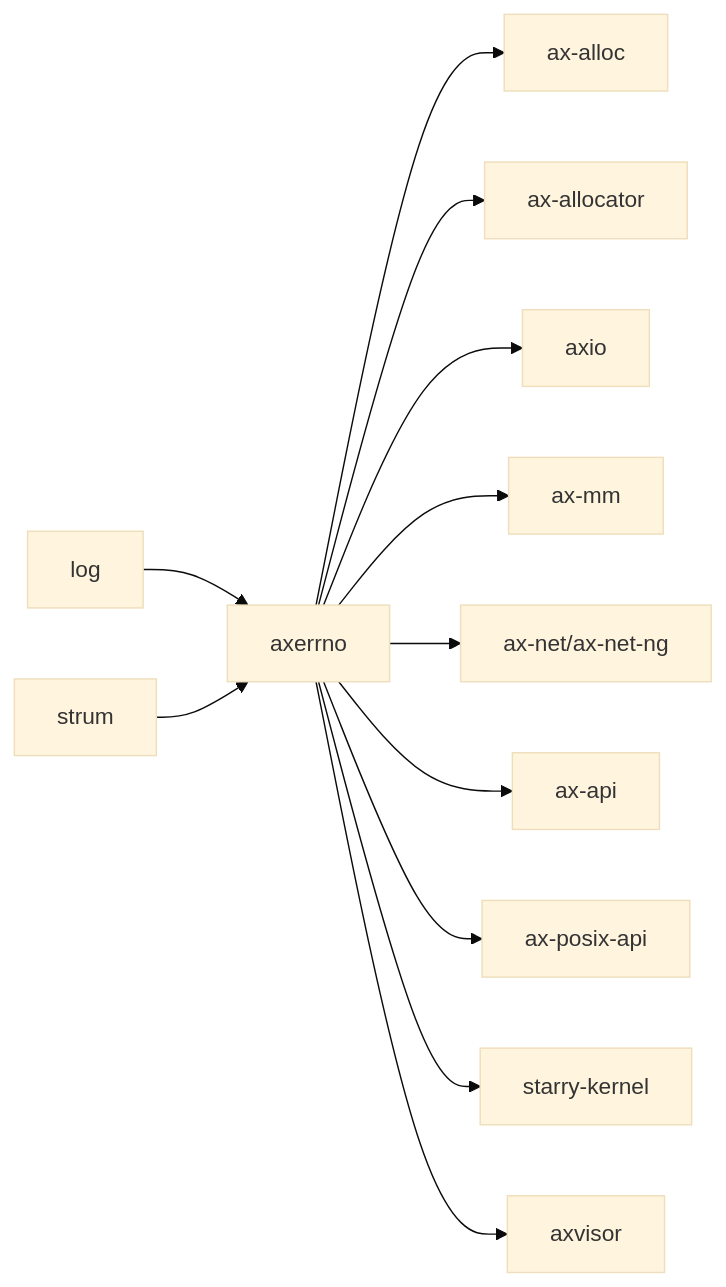
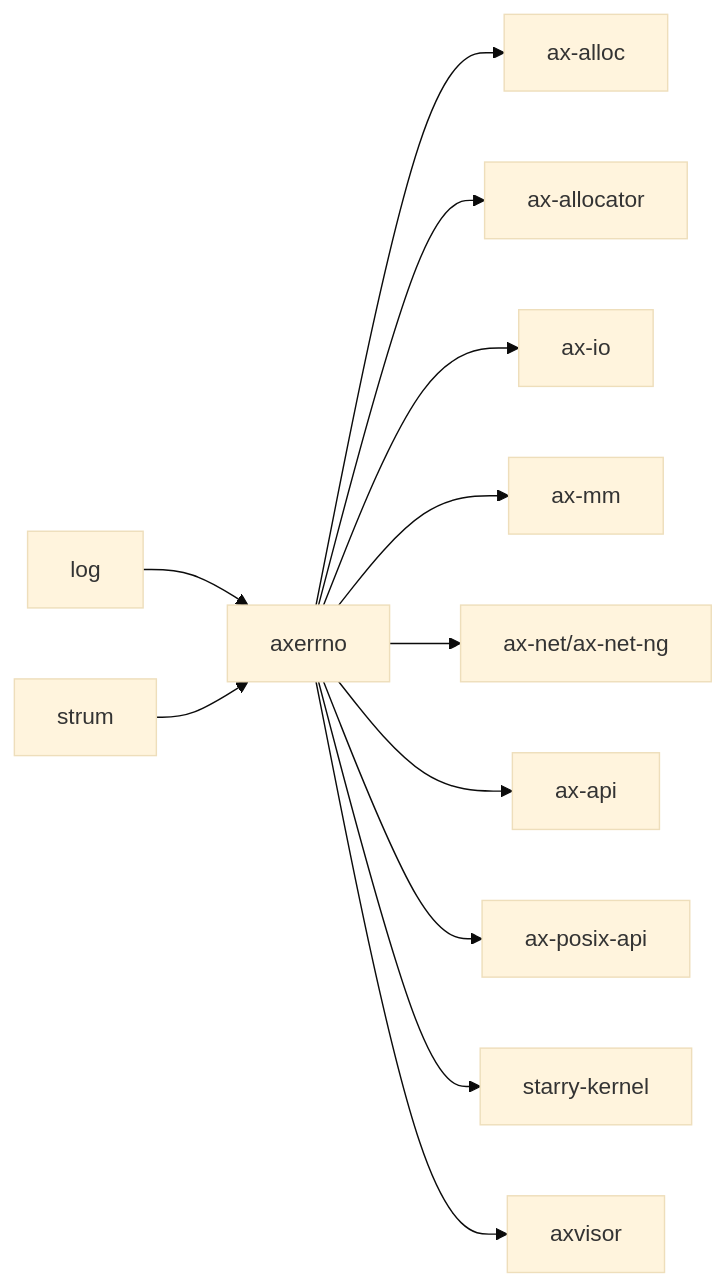
Before and after one commit to zKurisu/tgoskits: the second of 2 diagrams in docs/crates/axerrno.md, drawn with Mermaid (base theme). The commit also changed 66 other files, not shown here.

````diff
--- a/docs/crates/axerrno.md
+++ b/docs/crates/axerrno.md
@@ -80,15 +80,15 @@
 ```mermaid
 graph LR
     log["log"] --> axerrno["axerrno"]
     strum["strum"] --> axerrno
 
     axerrno --> ax-alloc["ax-alloc"]
     axerrno --> ax-allocator["ax-allocator"]
-    axerrno --> axio["axio"]
+    axerrno --> axio["ax-io"]
     axerrno --> ax-mm["ax-mm"]
     axerrno --> ax-net["ax-net/ax-net-ng"]
     axerrno --> ax-api["ax-api"]
     axerrno --> arceos_posix["ax-posix-api"]
     axerrno --> starry_kernel["starry-kernel"]
     axerrno --> axvisor["axvisor"]
 ```
````
